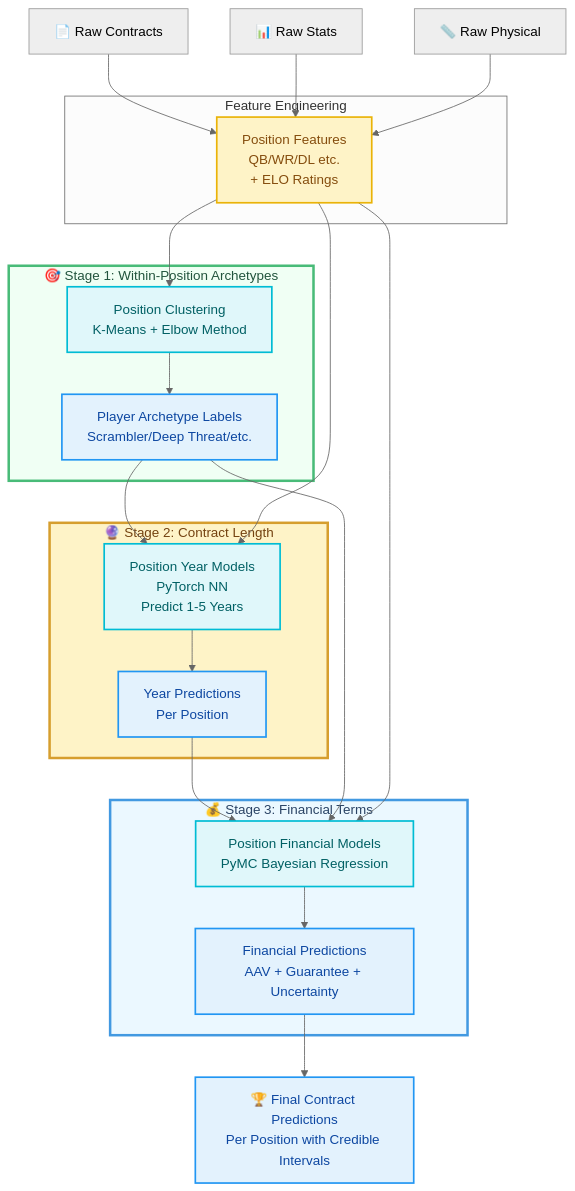
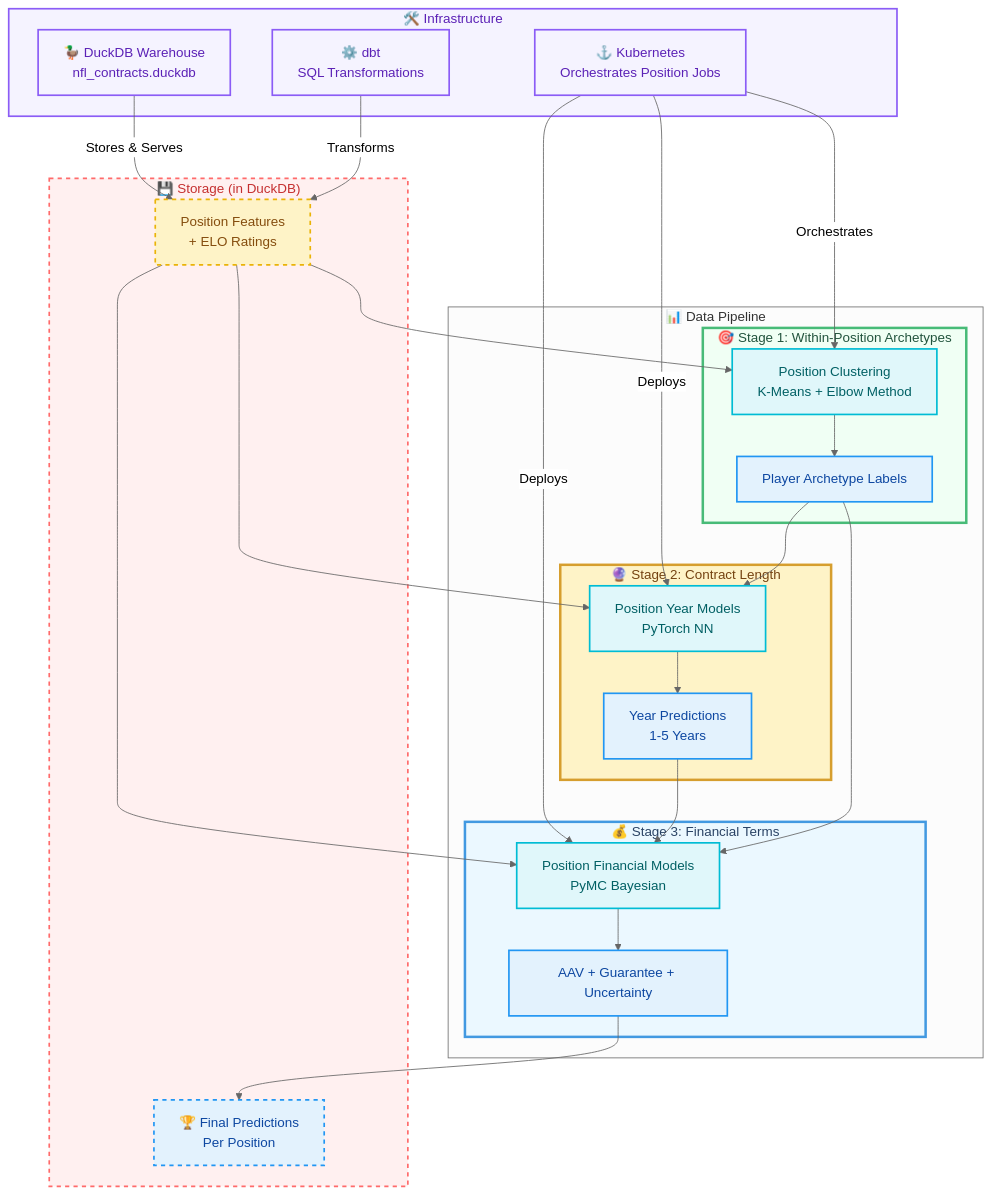
One commit to dec1costello/NFL-Market-Value-Analysis changed the diagram in README.md. Above: the diagram before and after it, drawn with Mermaid (neutral theme).

````diff
--- a/README.md
+++ b/README.md
@@ -4,68 +4,76 @@
 ```mermaid
 graph TB
-    %% === STYLING ===
+ %% === STYLING ===
     classDef stage1 fill:#f0fff4,stroke:#48bb78,stroke-width:3px,color:#22543d
     classDef stage2 fill:#fef3c7,stroke:#d69e2e,stroke-width:3px,color:#744210
     classDef stage3 fill:#ebf8ff,stroke:#4299e1,stroke-width:3px,color:#2a4365
     classDef features fill:#fef3c7,stroke:#eab308,stroke-width:2px,color:#854d0e
     classDef model fill:#e0f7fa,stroke:#00bcd4,stroke-width:2px,color:#006064
     classDef output fill:#e3f2fd,stroke:#2196f3,stroke-width:2px,color:#0d47a1
+    classDef infra fill:#f5f3ff,stroke:#8b5cf6,stroke-width:2px,color:#5b21b6
+    classDef storage fill:#fff0f0,stroke:#FF6B6B,stroke-width:2px,stroke-dasharray:5 5,color:#c53030
 
-    %% === DATA SOURCES ===
-    RAW_CONTRACTS["📄 Raw Contracts"]
-    RAW_STATS["📊 Raw Stats"]
-    RAW_PHYSICAL["📏 Raw Physical"]
-
-    %% === FEATURE ENGINEERING ===
-    subgraph FEATURE_ENG ["Feature Engineering"]
-        POSITION_FEATURES["Position Features<br/>QB/WR/DL etc.<br/>+ ELO Ratings"]
+    %% === INFRASTRUCTURE LAYERS ===
+    subgraph INFRA ["🛠️ Infrastructure"]
+        DUCKDB["🦆 DuckDB Warehouse<br/>nfl_contracts.duckdb"]
+        K8S["⚓ Kubernetes<br/>Orchestrates Position Jobs"]
+        DBT["⚙️ dbt<br/>SQL Transformations"]
     end
 
-    %% === STAGE 1: ARCHETYPE DISCOVERY ===
-    subgraph STAGE_1 ["🎯 Stage 1: Within-Position Archetypes"]
-        POSITION_CLUSTERING["Position Clustering<br/>K-Means + Elbow Method"]
-        PLAYER_ARCHETYPES["Player Archetype Labels<br/>Scrambler/Deep Threat/etc."]
+    %% === DATA FLOW ===
+    subgraph DATA_FLOW ["📊 Data Pipeline"]
+        %% === STAGE 1: ARCHETYPE DISCOVERY ===
+        subgraph STAGE_1 ["🎯 Stage 1: Within-Position Archetypes"]
+            CLUSTERING["Position Clustering<br/>K-Means + Elbow Method"]
+            ARCHETYPES["Player Archetype Labels"]
+        end
+
+        %% === STAGE 2: YEAR PREDICTION ===
+        subgraph STAGE_2 ["🔮 Stage 2: Contract Length"]
+            YEAR_MODELS["Position Year Models<br/>PyTorch NN"]
+            YEAR_PREDS["Year Predictions<br/>1-5 Years"]
+        end
+
+        %% === STAGE 3: FINANCIAL PREDICTION ===
+        subgraph STAGE_3 ["💰 Stage 3: Financial Terms"]
+            FINANCIAL_MODELS["Position Financial Models<br/>PyMC Bayesian"]
+            FINANCIAL_PREDS["AAV + Guarantee + Uncertainty"]
+        end
     end
 
-    %% === STAGE 2: YEAR PREDICTION ===
-    subgraph STAGE_2 ["🔮 Stage 2: Contract Length"]
-        POSITION_YEAR_MODELS["Position Year Models<br/>PyTorch NN<br/>Predict 1-5 Years"]
-        YEAR_PREDICTIONS["Year Predictions<br/>Per Position"]
+    %% === STORAGE LAYER ===
+    subgraph STORAGE ["💾 Storage (in DuckDB)"]
+        FEATURES["Position Features<br/>+ ELO Ratings"]
+        RESULTS["🏆 Final Predictions<br/>Per Position"]
     end
 
-    %% === STAGE 3: FINANCIAL PREDICTION ===
-    subgraph STAGE_3 ["💰 Stage 3: Financial Terms"]
-        POSITION_FINANCIAL_MODELS["Position Financial Models<br/>PyMC Bayesian Regression"]
-        FINANCIAL_PREDICTIONS["Financial Predictions<br/>AAV + Guarantee + Uncertainty"]
-    end
+    %% === CONNECTIONS ===
+    %% Infrastructure → Data Flow
+    DUCKDB -->|"Stores & Serves"| FEATURES
+    DBT -->|"Transforms"| FEATURES
+    K8S -->|"Orchestrates"| CLUSTERING
+    K8S -->|"Deploys"| YEAR_MODELS
+    K8S -->|"Deploys"| FINANCIAL_MODELS
 
-    %% === FINAL OUTPUT ===
-    FINAL_PREDICTIONS["🏆 Final Contract Predictions<br/>Per Position with Credible Intervals"]
-
-    %% === DATA FLOW ===
-    RAW_CONTRACTS --> POSITION_FEATURES
-    RAW_STATS --> POSITION_FEATURES
-    RAW_PHYSICAL --> POSITION_FEATURES
-    
-    POSITION_FEATURES --> POSITION_CLUSTERING
-    POSITION_CLUSTERING --> PLAYER_ARCHETYPES
-    
-    PLAYER_ARCHETYPES --> POSITION_YEAR_MODELS
-    POSITION_FEATURES --> POSITION_YEAR_MODELS
-    POSITION_YEAR_MODELS --> YEAR_PREDICTIONS
-    
-    YEAR_PREDICTIONS --> POSITION_FINANCIAL_MODELS
-    PLAYER_ARCHETYPES --> POSITION_FINANCIAL_MODELS
-    POSITION_FEATURES --> POSITION_FINANCIAL_MODELS
-    POSITION_FINANCIAL_MODELS --> FINANCIAL_PREDICTIONS
-    
-    FINANCIAL_PREDICTIONS --> FINAL_PREDICTIONS
+    %% Data Pipeline Flow
+    FEATURES --> CLUSTERING
+    CLUSTERING --> ARCHETYPES
+    ARCHETYPES --> YEAR_MODELS
+    FEATURES --> YEAR_MODELS
+    YEAR_MODELS --> YEAR_PREDS
+    YEAR_PREDS --> FINANCIAL_MODELS
+    ARCHETYPES --> FINANCIAL_MODELS
+    FEATURES --> FINANCIAL_MODELS
+    FINANCIAL_MODELS --> FINANCIAL_PREDS
+    FINANCIAL_PREDS --> RESULTS
 
     %% === STYLES ===
+    class INFRA,DUCKDB,K8S,DBT infra
+    class STORAGE,FEATURES,RESULTS storage
     class STAGE_1 stage1
     class STAGE_2 stage2
     class STAGE_3 stage3
-    class POSITION_FEATURES features
-    class POSITION_CLUSTERING,POSITION_YEAR_MODELS,POSITION_FINANCIAL_MODELS model
-    class PLAYER_ARCHETYPES,YEAR_PREDICTIONS,FINANCIAL_PREDICTIONS,FINAL_PREDICTIONS output;
+    class FEATURES features
+    class CLUSTERING,YEAR_MODELS,FINANCIAL_MODELS model
+    class ARCHETYPES,YEAR_PREDS,FINANCIAL_PREDS,RESULTS output;
 ```
````
